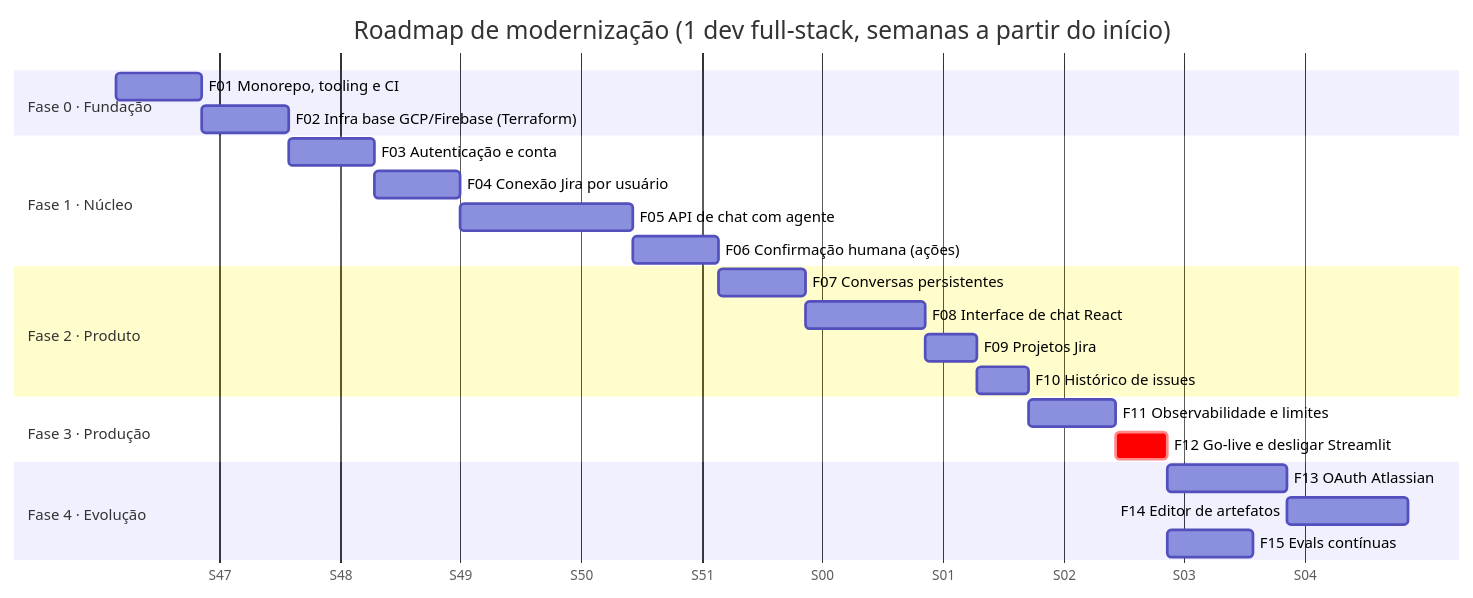
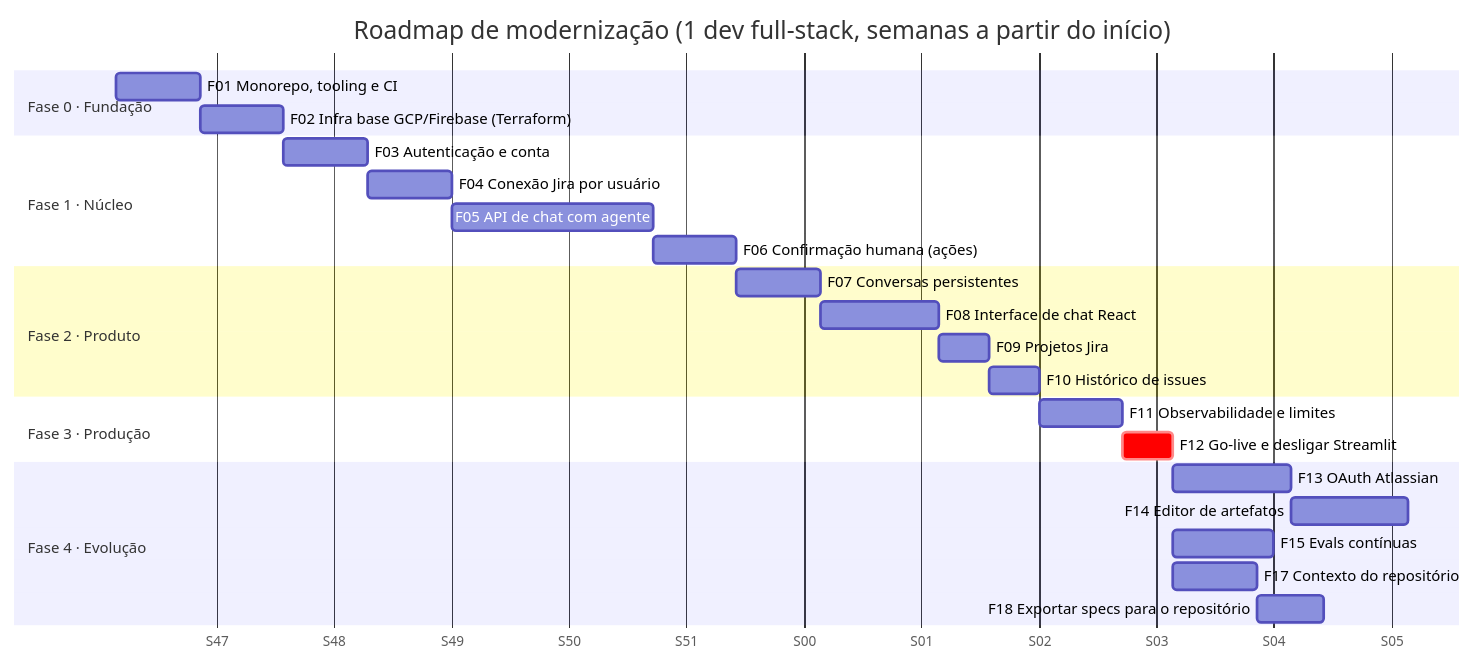
One commit to micaelleos/FunctionalAgent changed the first of 2 diagrams in specs/ROADMAP.md. Above: the diagram before and after it, drawn with Mermaid. The commit also changed other lines of this file and 22 other files, not shown here.

First line of the commit message:
docs: specs escritas para agentes de IA de código (doc 10, ADR-007, Constituição 2.1.0)

````diff
--- a/specs/ROADMAP.md
+++ b/specs/ROADMAP.md
@@ -38,26 +46,28 @@
 ```mermaid
 gantt
     title Roadmap de modernização (1 dev full-stack, semanas a partir do início)
     dateFormat  YYYY-MM-DD
     axisFormat  S%W
     section Fase 0 · Fundação
     F01 Monorepo, tooling e CI            :f01, 2026-11-23, 5d
     F02 Infra base GCP/Firebase (Terraform):f02, after f01, 5d
     section Fase 1 · Núcleo
     F03 Autenticação e conta               :f03, after f02, 5d
     F04 Conexão Jira por usuário           :f04, after f03, 5d
-    F05 API de chat com agente             :f05, after f04, 10d
+    F05 API de chat com agente             :f05, after f04, 12d
     F06 Confirmação humana (ações)         :f06, after f05, 5d
     section Fase 2 · Produto
     F07 Conversas persistentes             :f07, after f06, 5d
     F08 Interface de chat React            :f08, after f07, 7d
     F09 Projetos Jira                      :f09, after f08, 3d
     F10 Histórico de issues                :f10, after f09, 3d
     section Fase 3 · Produção
     F11 Observabilidade e limites          :f11, after f10, 5d
     F12 Go-live e desligar Streamlit       :crit, f12, after f11, 3d
     section Fase 4 · Evolução
     F13 OAuth Atlassian                    :f13, after f12, 7d
     F14 Editor de artefatos                :f14, after f13, 7d
-    F15 Evals contínuas                    :f15, after f12, 5d
+    F15 Evals contínuas                    :f15, after f12, 6d
+    F17 Contexto do repositório            :f17, after f12, 5d
+    F18 Exportar specs para o repositório  :f18, after f17, 4d
 ```
````
